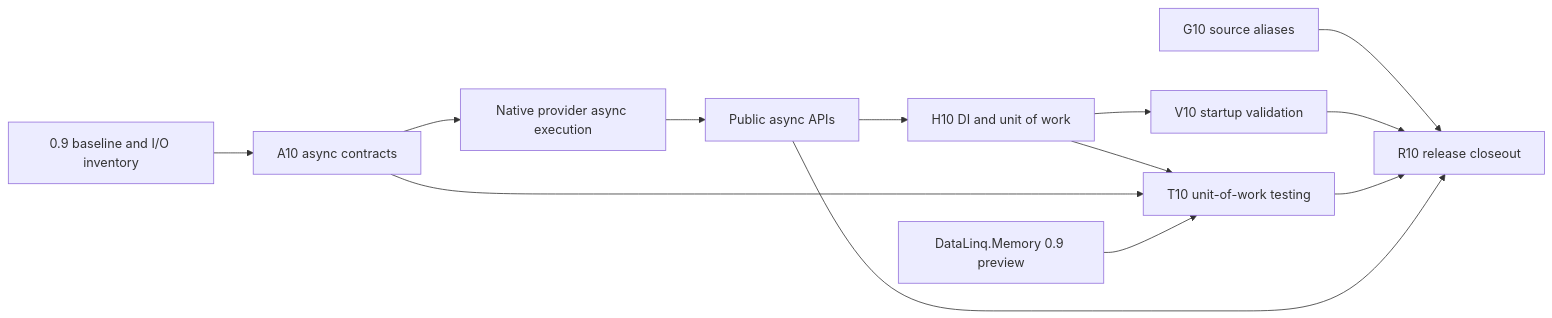
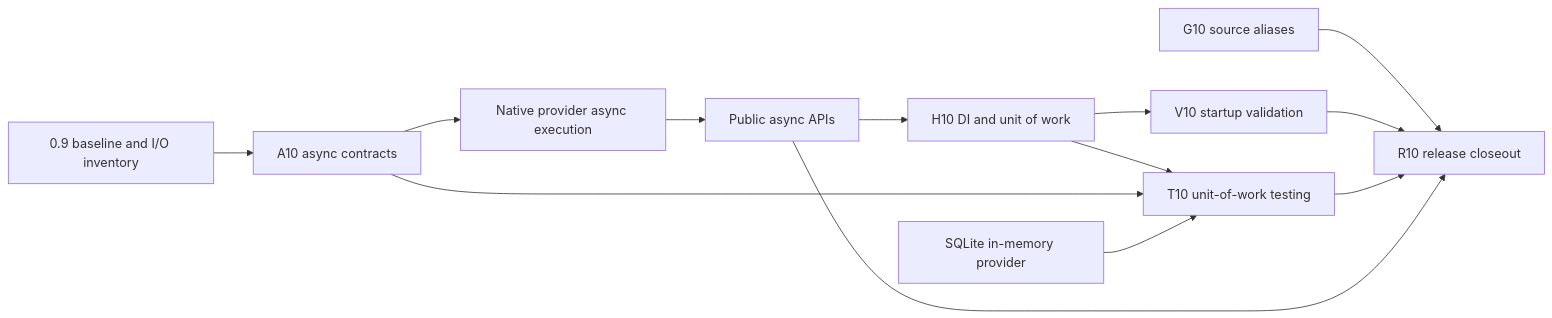
Before and after one commit to bazer/DataLinq: the diagram in docs/dev-plans/roadmap-implementation/v0.10/README.md, drawn with Mermaid. The commit also changed other lines of this file and 15 other files, not shown here.

````diff
--- a/docs/dev-plans/roadmap-implementation/v0.10/README.md
+++ b/docs/dev-plans/roadmap-implementation/v0.10/README.md
@@ -286,15 +268,15 @@
 ```mermaid
 flowchart LR
     B["0.9 baseline and I/O inventory"] --> A["A10 async contracts"]
     A --> P["Native provider async execution"]
     P --> U["Public async APIs"]
     U --> H["H10 DI and unit of work"]
     H --> V["V10 startup validation"]
     H --> T["T10 unit-of-work testing"]
     A --> T
-    M["DataLinq.Memory 0.9 preview"] --> T
+    S["SQLite in-memory provider"] --> T
     G["G10 source aliases"] --> R["R10 release closeout"]
     V --> R
     T --> R
     U --> R
 ```
````
